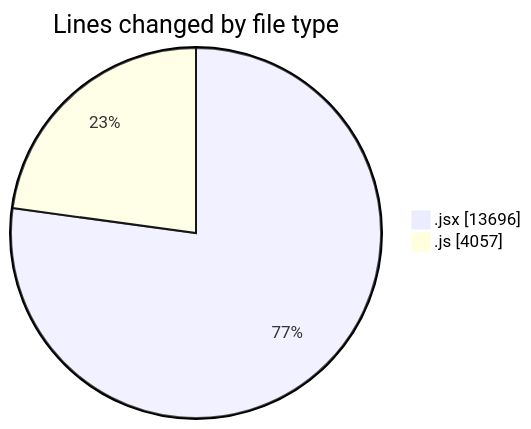
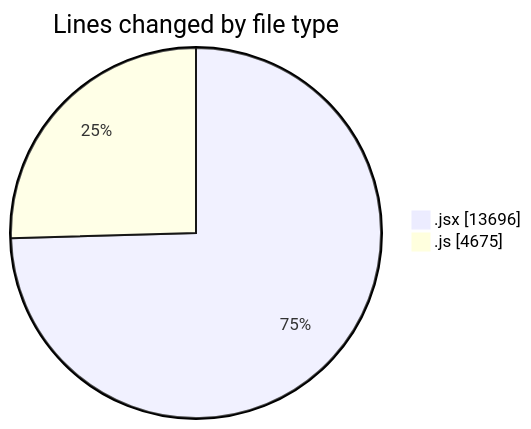
Before and after one commit to nxtqubesakshisongat/code-tracking: the first of 2 diagrams in 2025-09-25/nxtqube_webapp/README.md, drawn with Mermaid. The commit also changed other lines of this file and 1 other file, not shown here.

````diff
--- a/2025-09-25/nxtqube_webapp/README.md
+++ b/2025-09-25/nxtqube_webapp/README.md
@@ -25,6 +25,6 @@
 ```mermaid
 pie showData
 title Lines changed by file type
 ".jsx" : 13696
-".js" : 4057
+".js" : 4675
 ```
````
